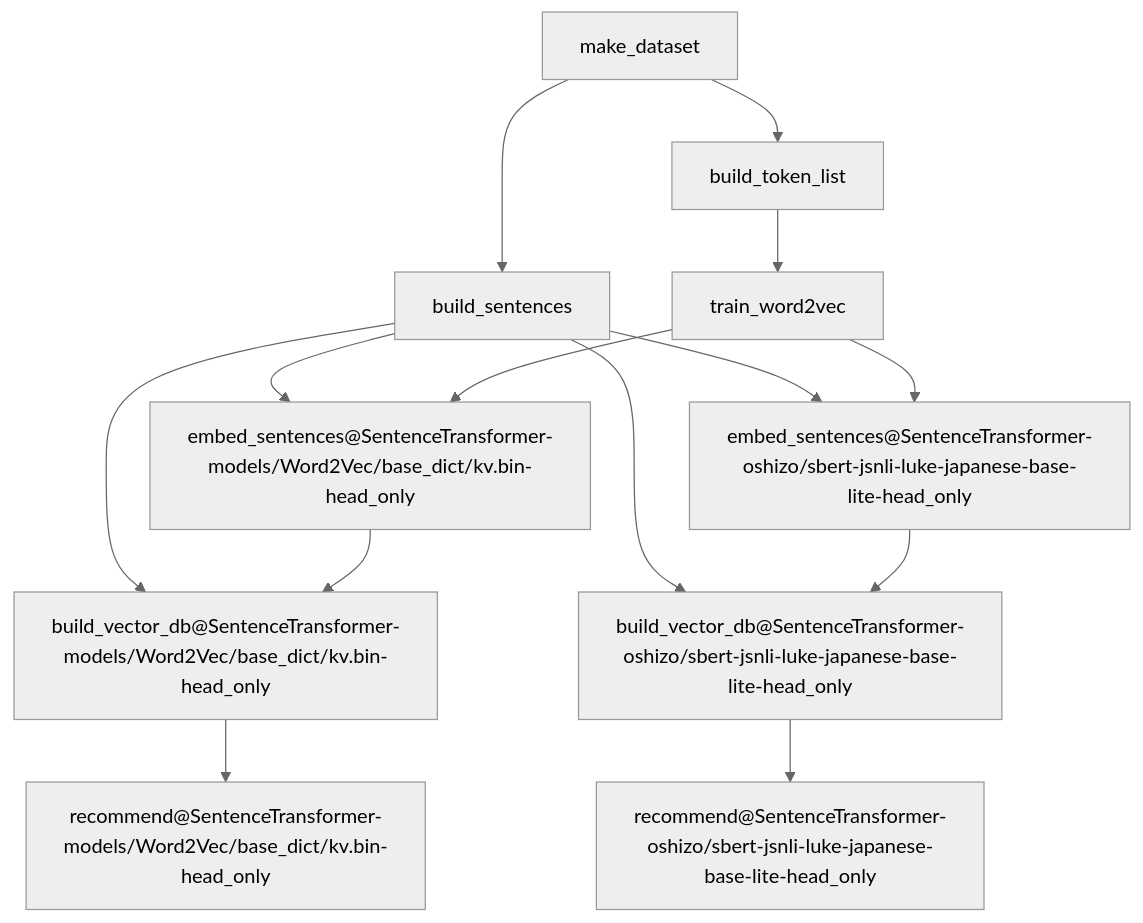
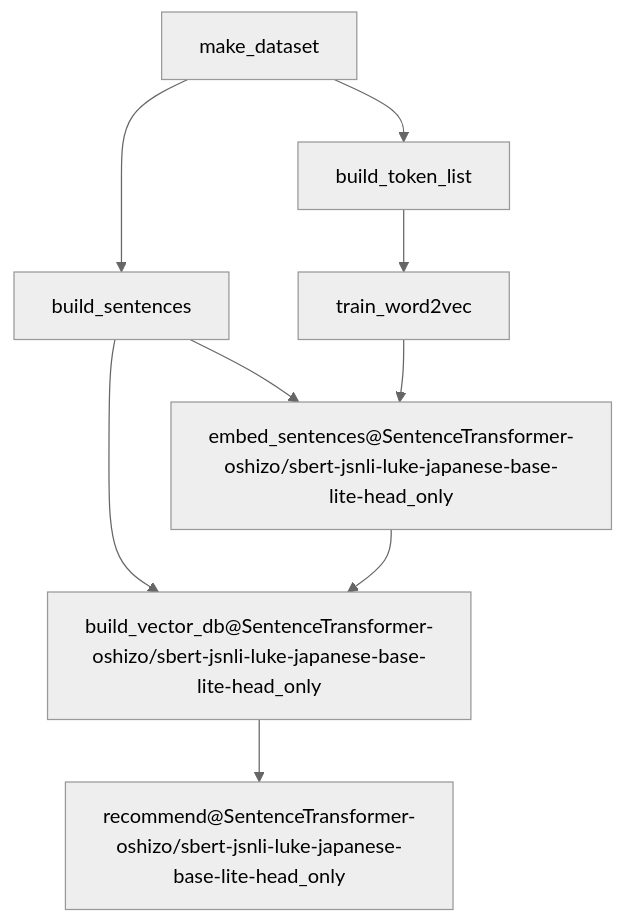
The diagram in PIPELINE.md (u-masao/embed-text-recommender), drawn with Mermaid (neutral theme) before and after one commit.

Commit message:
[update] dvc repro

````diff
--- a/PIPELINE.md
+++ b/PIPELINE.md
@@ -1,26 +1,18 @@
 ```mermaid
 flowchart TD
 	node1["build_sentences"]
 	node2["build_token_list"]
-	node3["build_vector_db@SentenceTransformer-models/Word2Vec/base_dict/kv.bin-head_only"]
-	node4["build_vector_db@SentenceTransformer-oshizo/sbert-jsnli-luke-japanese-base-lite-head_only"]
-	node5["embed_sentences@SentenceTransformer-models/Word2Vec/base_dict/kv.bin-head_only"]
-	node6["embed_sentences@SentenceTransformer-oshizo/sbert-jsnli-luke-japanese-base-lite-head_only"]
-	node7["make_dataset"]
-	node8["recommend@SentenceTransformer-models/Word2Vec/base_dict/kv.bin-head_only"]
-	node9["recommend@SentenceTransformer-oshizo/sbert-jsnli-luke-japanese-base-lite-head_only"]
-	node10["train_word2vec"]
+	node3["build_vector_db@SentenceTransformer-oshizo/sbert-jsnli-luke-japanese-base-lite-head_only"]
+	node4["embed_sentences@SentenceTransformer-oshizo/sbert-jsnli-luke-japanese-base-lite-head_only"]
+	node5["make_dataset"]
+	node6["recommend@SentenceTransformer-oshizo/sbert-jsnli-luke-japanese-base-lite-head_only"]
+	node7["train_word2vec"]
 	node1-->node3
 	node1-->node4
-	node1-->node5
-	node1-->node6
-	node2-->node10
-	node3-->node8
-	node4-->node9
-	node5-->node3
-	node6-->node4
-	node7-->node1
-	node7-->node2
-	node10-->node5
-	node10-->node6
+	node2-->node7
+	node3-->node6
+	node4-->node3
+	node5-->node1
+	node5-->node2
+	node7-->node4
 ```
````
